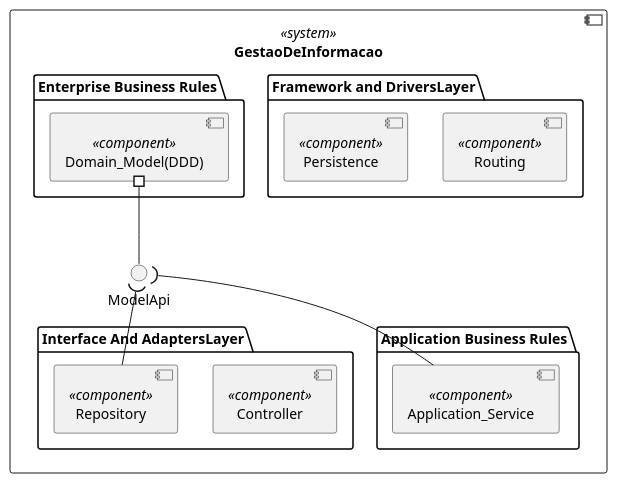
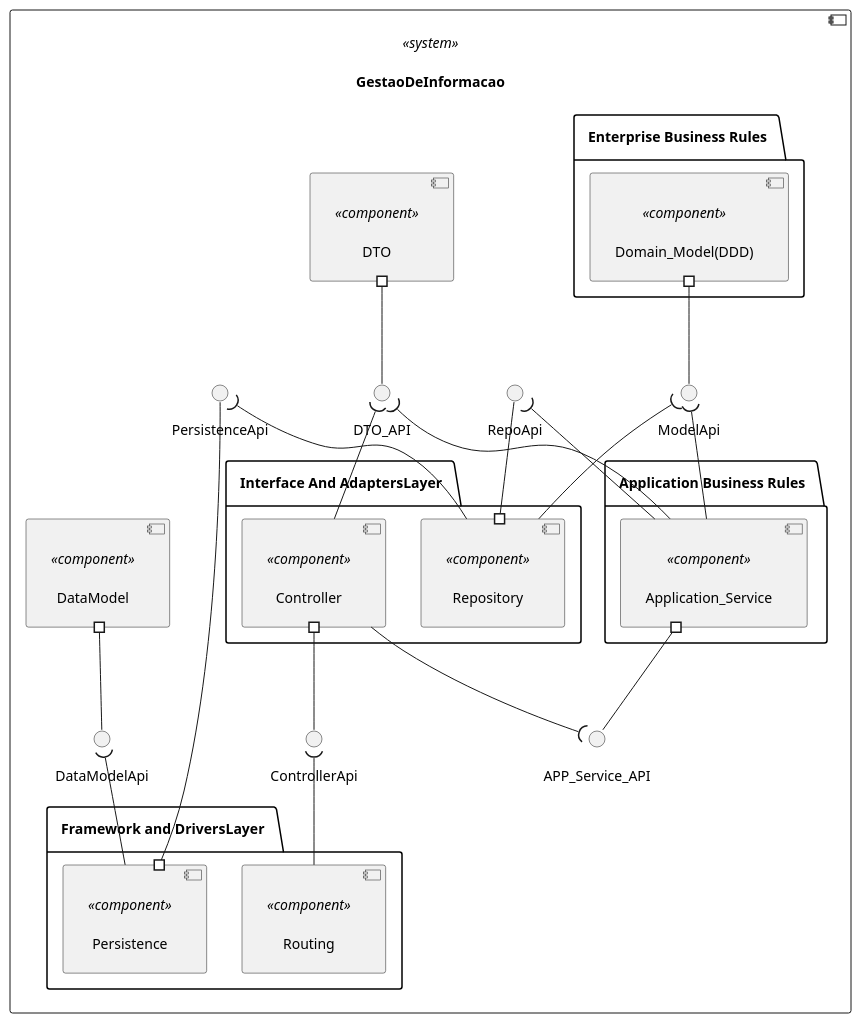
The diagram in docs/US180/Nivel3VistaLogica.puml (rpeir/LAPR5), drawn with PlantUML before and after one commit. The commit also changed 5 other files, not shown here.

```diff
--- a/docs/US180/Nivel3VistaLogica.puml
+++ b/docs/US180/Nivel3VistaLogica.puml
@@ -1,50 +1,83 @@
 @startuml
-
-
+skinparam layoutDirection left to right
+skinparam padding 10
 
 component  GestaoDeInformacao <<system>> {
 
     package "Framework and DriversLayer"{
         component Routing  <<component>>{
             
         }
 
         component Persistence  <<component>>{
             
         }
     }
 
 
     package "Interface And AdaptersLayer"{
-        component Controller <<component>>{
+        component Controller as ctrl <<component>>{
             
         }
 
         component Repository as Repo <<component>>{
             
         }
     }
 
 
     package "Application Business Rules" {
         component Application_Service as Service  <<component>>{
             
         }
     }
         
     package "Enterprise Business Rules" {
         component Domain_Model(DDD) as Domain <<component>>{
             
         }
     }
 
+component DTO <<component>>{
+            
+}
+
+component DataModel <<component>>{
+            
+}
 
 () ModelApi
+() DTO_API
+() APP_Service_API
+() RepoApi
+() ControllerApi
+() PersistenceApi
+() DataModelApi
+
 
 Domain #-- ModelApi
 ModelApi  )-- Service
 ModelApi  )-- Repo
 
+DTO  #--  DTO_API
+DTO_API  )-- ctrl
+DTO_API  )-- Service
+
+Service #-- APP_Service_API
+APP_Service_API  )-- ctrl
+
+Repo #-- RepoApi
+RepoApi  )-- Service
+
+ctrl  #-- ControllerApi
+ControllerApi  )-- Routing
+
+Persistence #-- PersistenceApi
+PersistenceApi  )-- Repo
+
+DataModel #-- DataModelApi
+DataModelApi  )-- Persistence
+
 }
     
 @enduml
```
